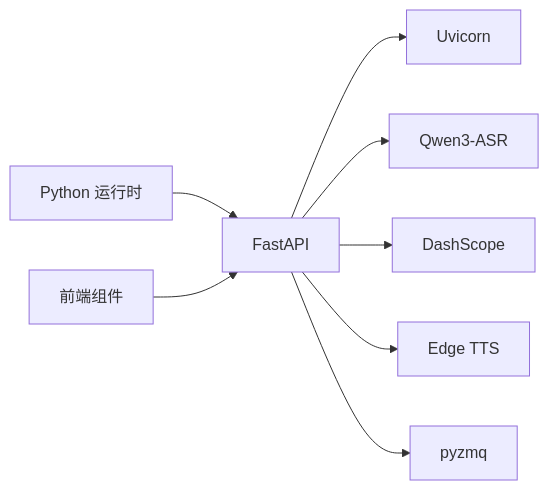
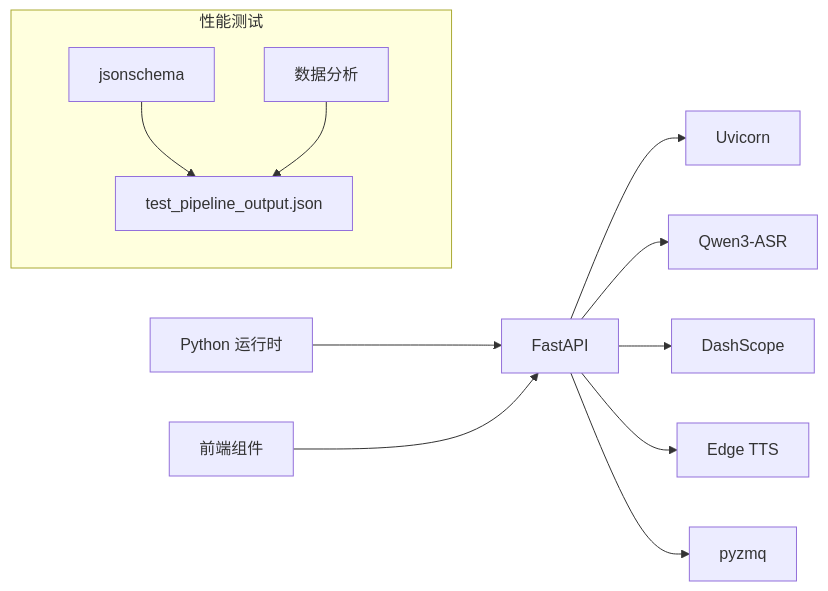
Before and after one commit to 1024dashen/Vue3Speech: the ninth of 9 diagrams in .qoder/repowiki/zh/content/开发者指南/测试策略与实践.md, drawn with Mermaid. The commit also changed other lines of this file and 8 other files, not shown here.

````diff
--- a/.qoder/repowiki/zh/content/开发者指南/测试策略与实践.md
+++ b/.qoder/repowiki/zh/content/开发者指南/测试策略与实践.md
@@ -289,10 +344,14 @@
 ```mermaid
 graph LR
 Py["Python 运行时"] --> FA["FastAPI"]
 FA --> UV["Uvicorn"]
 FA --> ASR["Qwen3-ASR"]
 FA --> TTS["DashScope"]
 FA --> EDGE["Edge TTS"]
 FA --> PYZ["pyzmq"]
 FE["前端组件"] --> FA
+subgraph "性能测试"
+JSCHEMA["jsonschema"] --> PIPELINE["test_pipeline_output.json"]
+ANALYSIS["数据分析"] --> PIPELINE
+end
 ```
````
